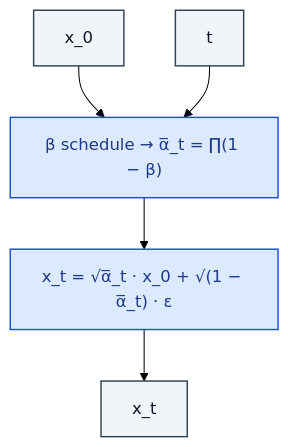
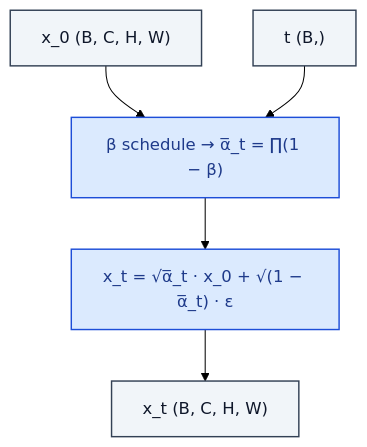
The diagram in generative/DDPMScheduler.md (RealityShifts/Srivastava-book-of-Blocks-diagrams), drawn with Mermaid (forest theme) before and after one commit. The commit also changed 123 other files, not shown here.

````diff
--- a/generative/DDPMScheduler.md
+++ b/generative/DDPMScheduler.md
@@ -7,21 +7,22 @@
 ```mermaid
 flowchart TD
-    n0_0["x_0"]:::io
-    n0_1["t"]:::io
+    n0_0["x_0  (B, C, H, W)"]:::io
+    n0_1["t  (B,)"]:::io
     n1_0["β schedule → α̅_t = ∏(1 − β)"]:::op
     n2_0["x_t = √α̅_t · x_0 + √(1 − α̅_t) · ε"]:::op
-    n3_0["x_t"]:::io
+    n3_0["x_t  (B, C, H, W)"]:::io
     n0_0 --> n1_0
     n0_1 --> n1_0
     n1_0 --> n2_0
     n2_0 --> n3_0
     classDef io fill:#f1f5f9,stroke:#334155,stroke-width:1.4px,color:#0f172a
     classDef op fill:#dbeafe,stroke:#1d4ed8,stroke-width:1.4px,color:#1e3a8a
     classDef norm fill:#dcfce7,stroke:#15803d,stroke-width:1.4px,color:#14532d
     classDef act fill:#ffedd5,stroke:#c2410c,stroke-width:1.4px,color:#7c2d12
     classDef attn fill:#ede9fe,stroke:#6d28d9,stroke-width:1.4px,color:#4c1d95
     classDef merge fill:#fef3c7,stroke:#b45309,stroke-width:1.4px,color:#78350f
     classDef emb fill:#fef9c3,stroke:#a16207,stroke-width:1.4px,color:#713f12
     classDef loss fill:#fee2e2,stroke:#b91c1c,stroke-width:1.4px,color:#7f1d1d
     classDef ctrl fill:#f5f5f4,stroke:#52525b,stroke-width:1.4px,color:#27272a
+    classDef ref fill:#e0f2fe,stroke:#0369a1,stroke-width:2px,color:#0c4a6e,stroke-dasharray: 4 2
 ```
````
